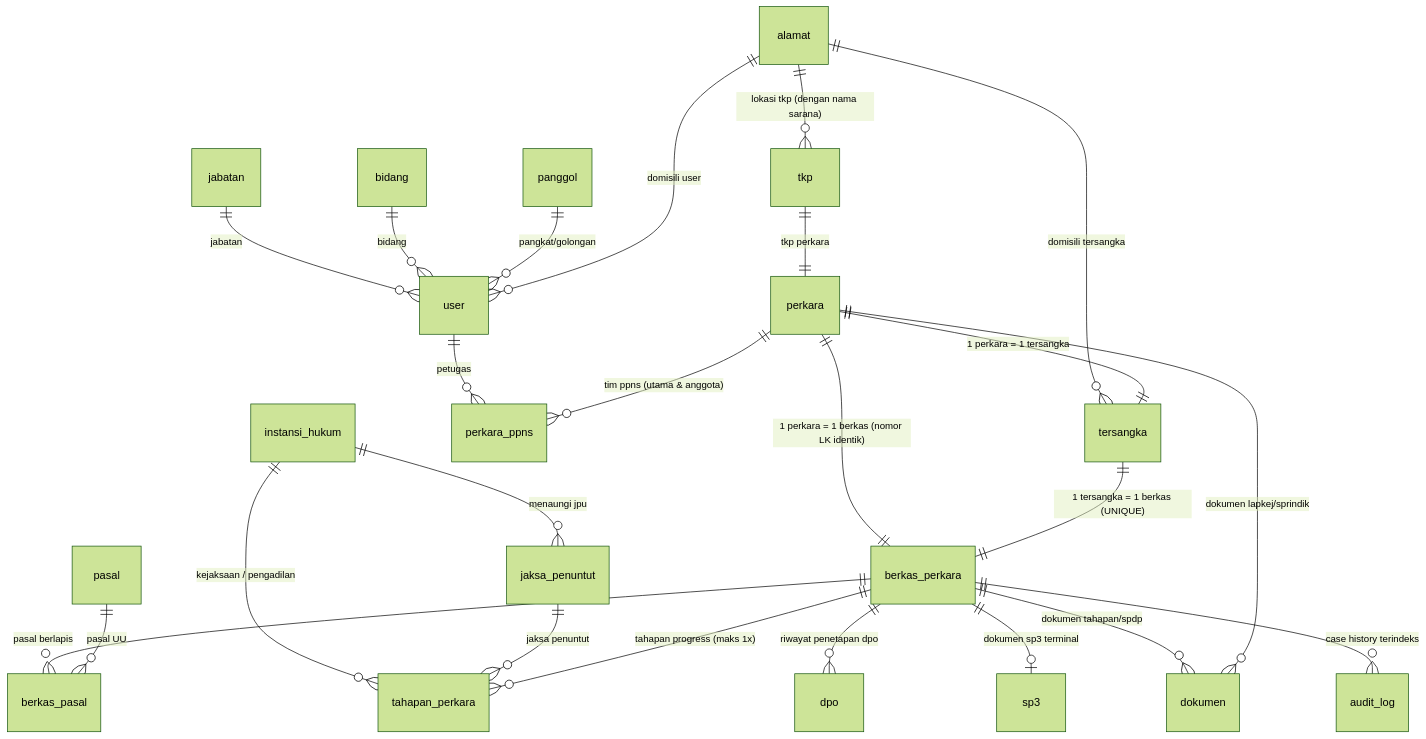
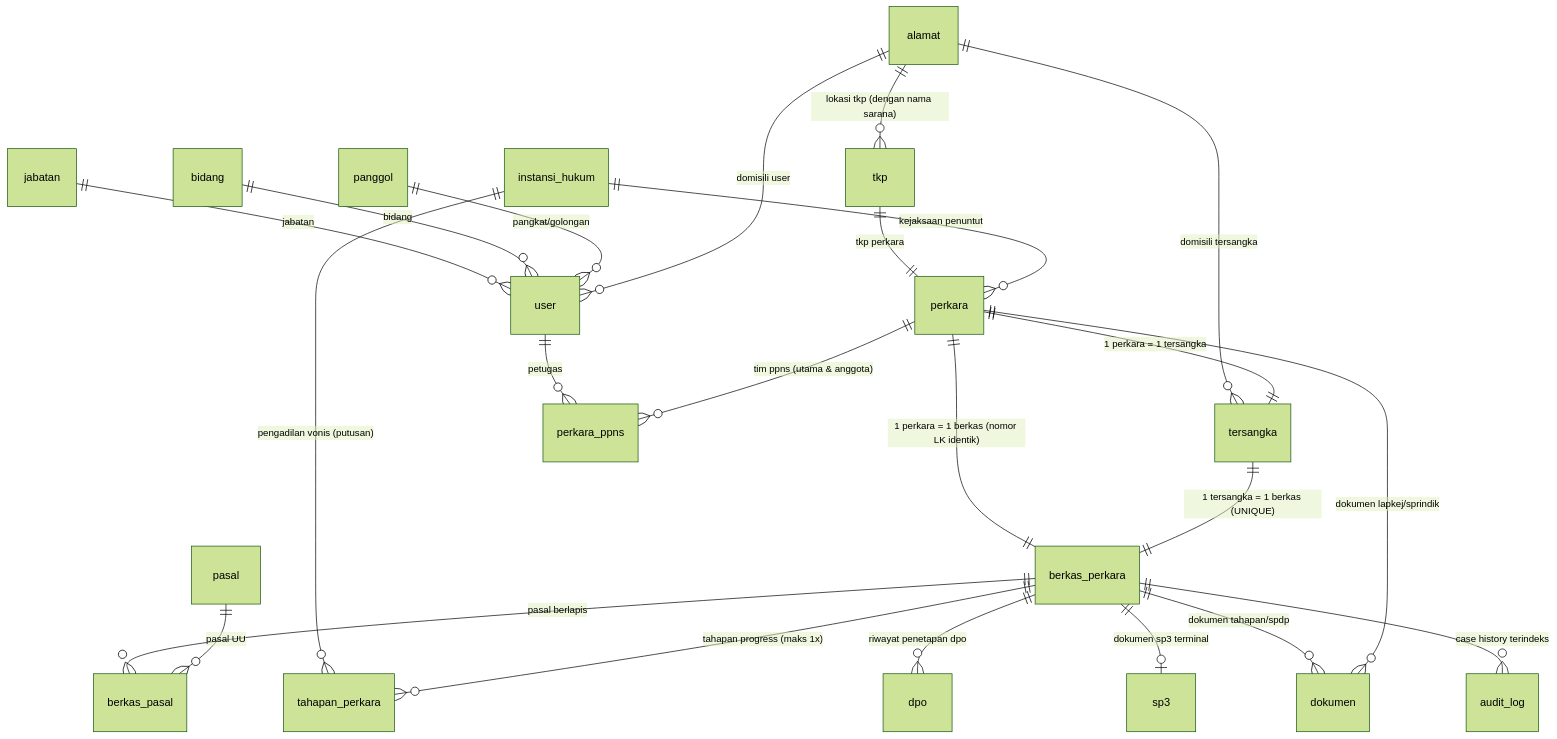
One commit to waris-arjuna/BAPTwo changed the second of 3 diagrams in ARCHITECTURE.md. Above: the diagram before and after it, drawn with Mermaid (forest theme). The commit also changed other lines of this file and 6 other files, not shown here.

````diff
--- a/ARCHITECTURE.md
+++ b/ARCHITECTURE.md
@@ -65,32 +65,31 @@
 ```mermaid
 erDiagram
     jabatan ||--o{ user : "jabatan"
     bidang ||--o{ user : "bidang"
     panggol ||--o{ user : "pangkat/golongan"
 
     alamat ||--o{ user : "domisili user"
     alamat ||--o{ tkp : "lokasi tkp (dengan nama sarana)"
     alamat ||--o{ tersangka : "domisili tersangka"
 
     tkp ||--|| perkara : "tkp perkara"
     user ||--o{ perkara_ppns : "petugas"
     perkara ||--o{ perkara_ppns : "tim ppns (utama & anggota)"
 
     perkara ||--|| tersangka : "1 perkara = 1 tersangka"
     perkara ||--|| berkas_perkara : "1 perkara = 1 berkas (nomor LK identik)"
     tersangka ||--|| berkas_perkara : "1 tersangka = 1 berkas (UNIQUE)"
 
     berkas_perkara ||--o{ berkas_pasal : "pasal berlapis"
     pasal ||--o{ berkas_pasal : "pasal UU"
 
-    instansi_hukum ||--o{ jaksa_penuntut : "menaungi jpu"
-    instansi_hukum ||--o{ tahapan_perkara : "kejaksaan / pengadilan"
-    jaksa_penuntut ||--o{ tahapan_perkara : "jaksa penuntut"
+    instansi_hukum ||--o{ perkara : "kejaksaan penuntut"
+    instansi_hukum ||--o{ tahapan_perkara : "pengadilan vonis (putusan)"
     berkas_perkara ||--o{ tahapan_perkara : "tahapan progress (maks 1x)"
 
     berkas_perkara ||--o{ dpo : "riwayat penetapan dpo"
     berkas_perkara ||--o| sp3 : "dokumen sp3 terminal"
     berkas_perkara ||--o{ dokumen : "dokumen tahapan/spdp"
     perkara ||--o{ dokumen : "dokumen lapkej/sprindik"
     berkas_perkara ||--o{ audit_log : "case history terindeks"
 ```
````
